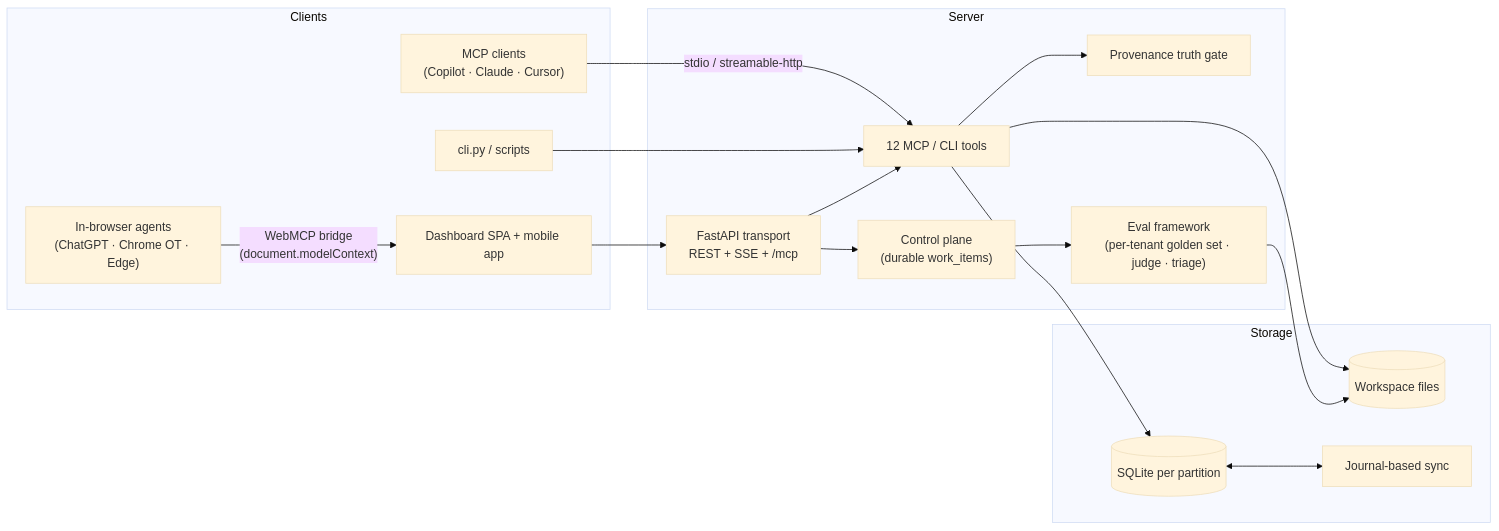
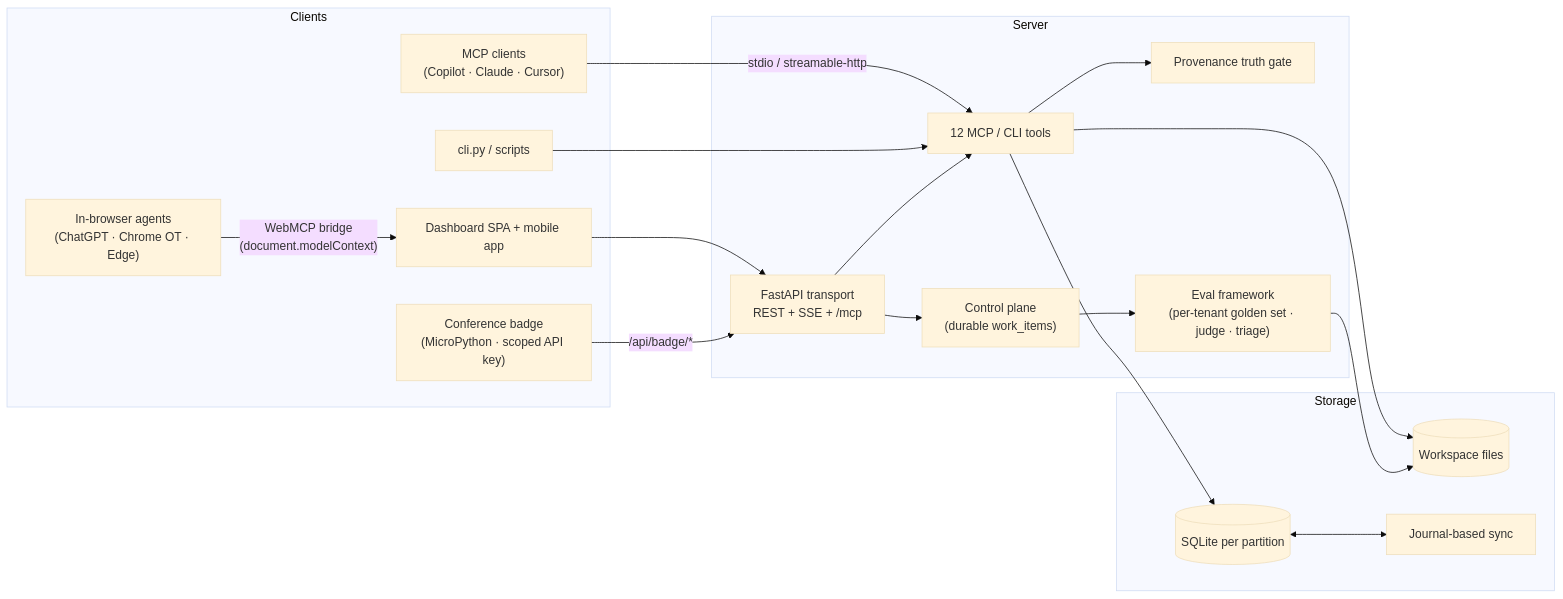
One commit to JustLikeFrank3/jobContextMCP changed the diagram in README.md. Above: the diagram before and after it, drawn with Mermaid (base theme). The commit also changed other lines of this file, not shown here.

Commit message:
Document conference badge and desktop release channels

````diff
--- a/README.md
+++ b/README.md
@@ -186,33 +233,35 @@
 ```mermaid
 flowchart LR
     subgraph Clients
         AI["MCP clients<br/>(Copilot · Claude · Cursor)"]
         WMCP["In-browser agents<br/>(ChatGPT · Chrome OT · Edge)"]
         WEB["Dashboard SPA + mobile app"]
+        BADGE["Conference badge<br/>(MicroPython · scoped API key)"]
         CLI["cli.py / scripts"]
     end
     subgraph Server
         TOOLS["12 MCP / CLI tools"]
         HTTP["FastAPI transport<br/>REST + SSE + /mcp"]
         WORK["Control plane<br/>(durable work_items)"]
         GATE["Provenance truth gate"]
         EVALS["Eval framework<br/>(per-tenant golden set · judge · triage)"]
     end
     subgraph Storage
         DB[("SQLite per partition")]
         WS[("Workspace files")]
         SYNC["Journal-based sync"]
     end
     AI -->|stdio / streamable-http| TOOLS
     WMCP -->|"WebMCP bridge<br/>(document.modelContext)"| WEB
     WEB --> HTTP
+    BADGE -->|/api/badge/*| HTTP
     CLI --> TOOLS
     HTTP --> TOOLS
     HTTP --> WORK
     TOOLS --> GATE
     TOOLS --> DB
     TOOLS --> WS
     DB <--> SYNC
     WORK --> EVALS
     EVALS --> WS
 ```
````
